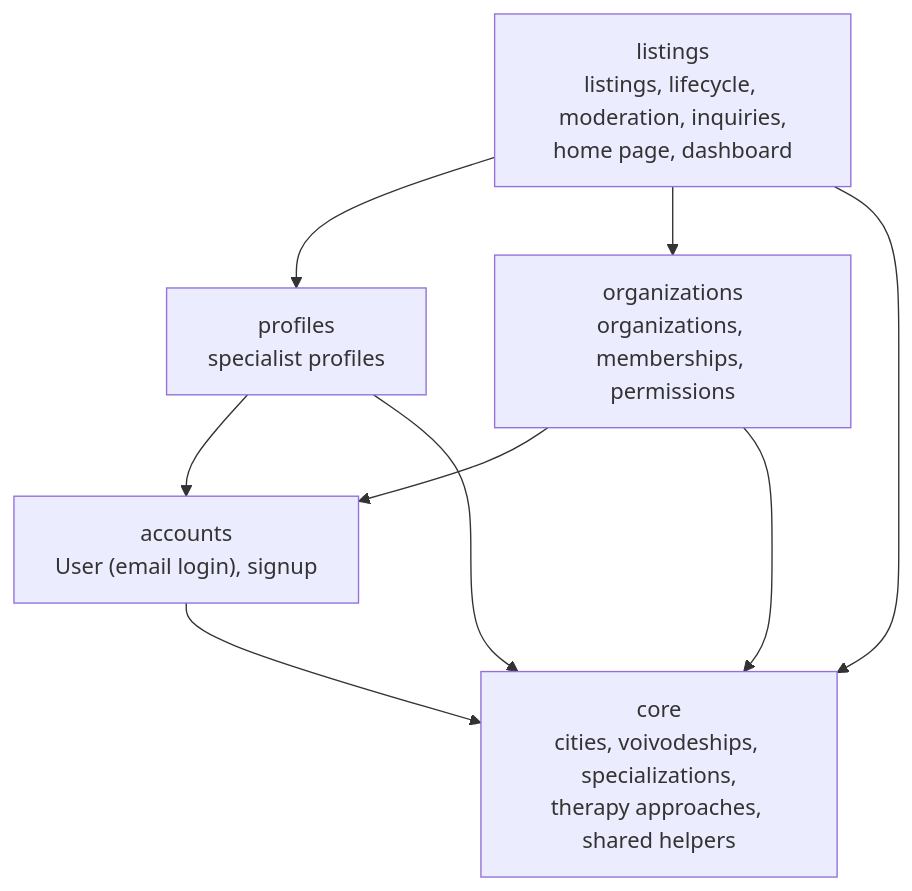
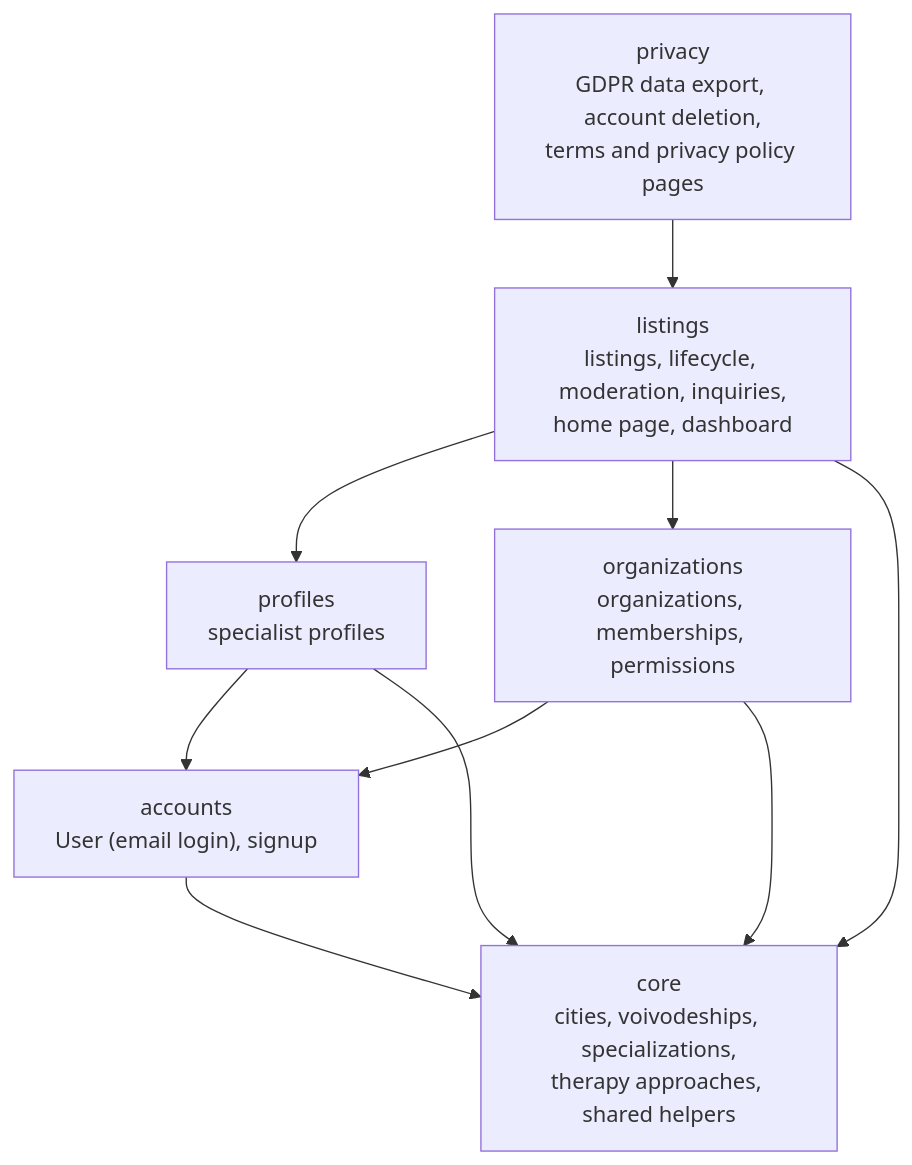
One commit to Tomekw2323/AI-Chatbot changed the third of 3 diagrams in docs/architecture.md. Above: the diagram before and after it, drawn with Mermaid. The commit also changed other lines of this file and 23 other files, not shown here.

````diff
--- a/docs/architecture.md
+++ b/docs/architecture.md
@@ -63,17 +66,19 @@
 ```mermaid
 flowchart TD
+    privacy["privacy<br/>GDPR data export, account deletion,<br/>terms and privacy policy pages"]
     listings["listings<br/>listings, lifecycle, moderation, inquiries,<br/>home page, dashboard"]
     profiles["profiles<br/>specialist profiles"]
     organizations["organizations<br/>organizations, memberships, permissions"]
     accounts["accounts<br/>User (email login), signup"]
     core["core<br/>cities, voivodeships, specializations,<br/>therapy approaches, shared helpers"]
 
+    privacy --> listings
     listings --> profiles
     listings --> organizations
     profiles --> accounts
     organizations --> accounts
     profiles --> core
     organizations --> core
     listings --> core
     accounts --> core
 ```
````
